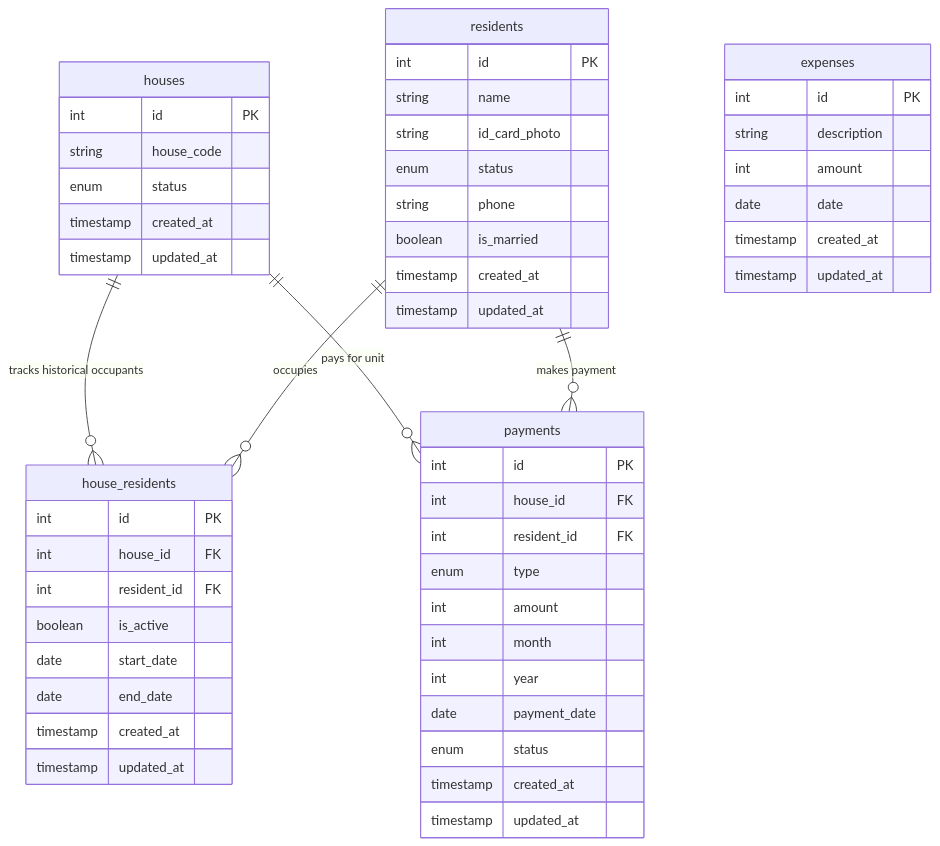
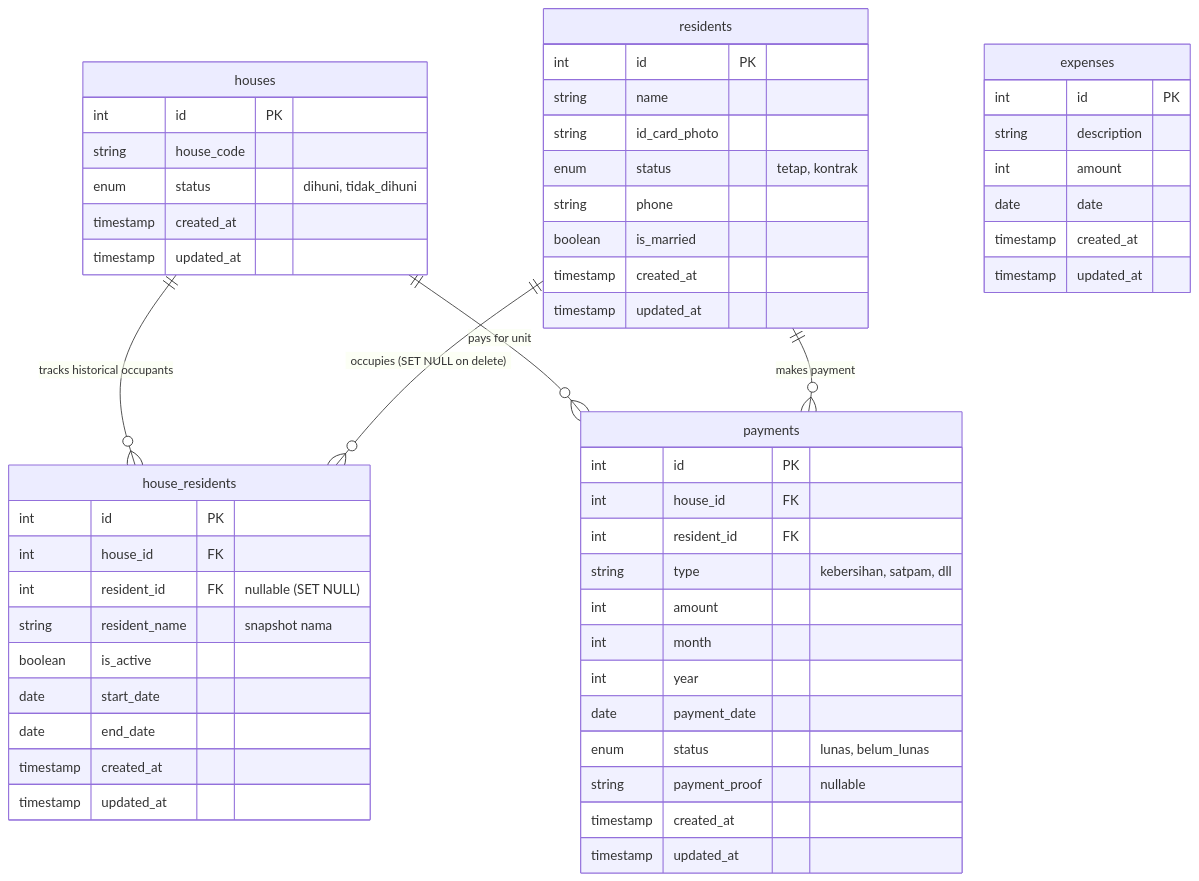
One commit to alberic13/system-RT changed the diagram in README.md. Above: the diagram before and after it, drawn with Mermaid. The commit also changed other lines of this file and 15 other files, not shown here.

````diff
--- a/README.md
+++ b/README.md
@@ -13,60 +13,62 @@
 ```mermaid
 erDiagram
     residents {
         int id PK
         string name
         string id_card_photo
-        enum status
+        enum status "tetap, kontrak"
         string phone
         boolean is_married
         timestamp created_at
         timestamp updated_at
     }
 
     houses {
         int id PK
         string house_code
-        enum status
+        enum status "dihuni, tidak_dihuni"
         timestamp created_at
         timestamp updated_at
     }
 
     house_residents {
         int id PK
         int house_id FK
-        int resident_id FK
+        int resident_id FK "nullable (SET NULL)"
+        string resident_name "snapshot nama"
         boolean is_active
         date start_date
         date end_date
         timestamp created_at
         timestamp updated_at
     }
 
     payments {
         int id PK
         int house_id FK
         int resident_id FK
-        enum type
+        string type "kebersihan, satpam, dll"
         int amount
         int month
         int year
         date payment_date
-        enum status
+        enum status "lunas, belum_lunas"
+        string payment_proof "nullable"
         timestamp created_at
         timestamp updated_at
     }
 
     expenses {
         int id PK
         string description
         int amount
         date date
         timestamp created_at
         timestamp updated_at
     }
 
     houses ||--o{ house_residents : "tracks historical occupants"
-    residents ||--o{ house_residents : "occupies"
+    residents ||--o{ house_residents : "occupies (SET NULL on delete)"
     houses ||--o{ payments : "pays for unit"
     residents ||--o{ payments : "makes payment"
 ```
````
